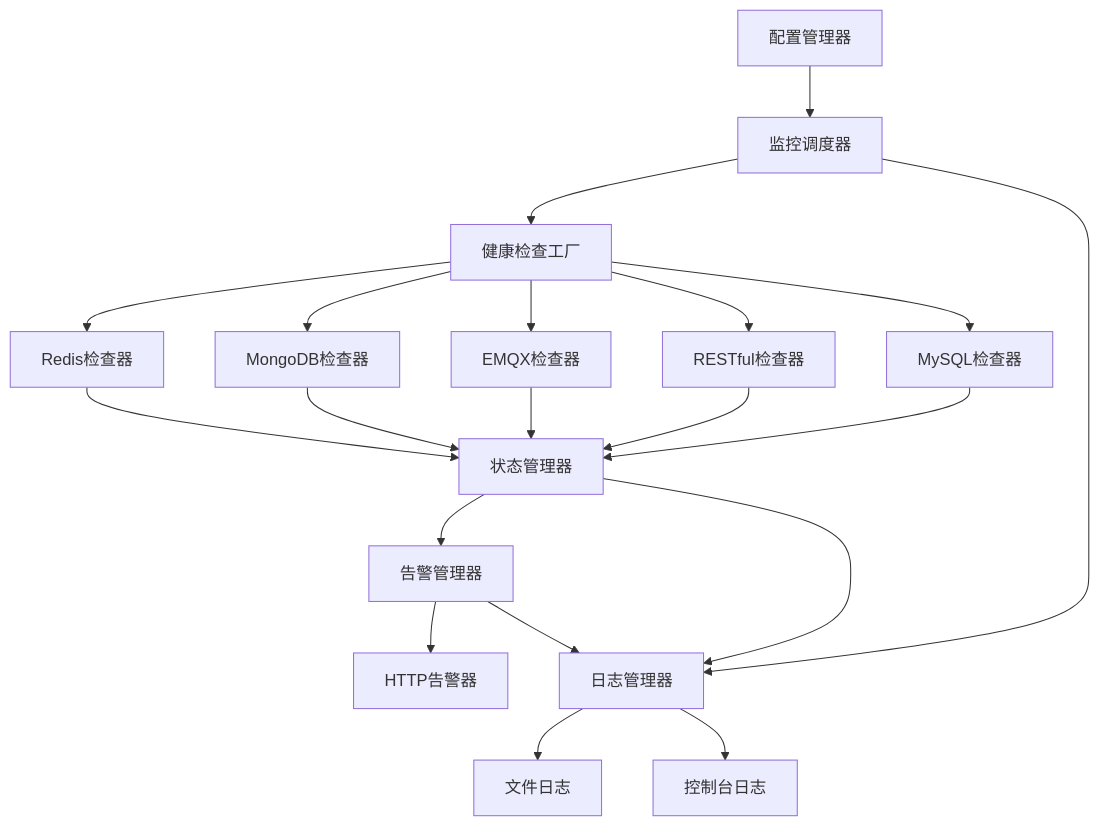
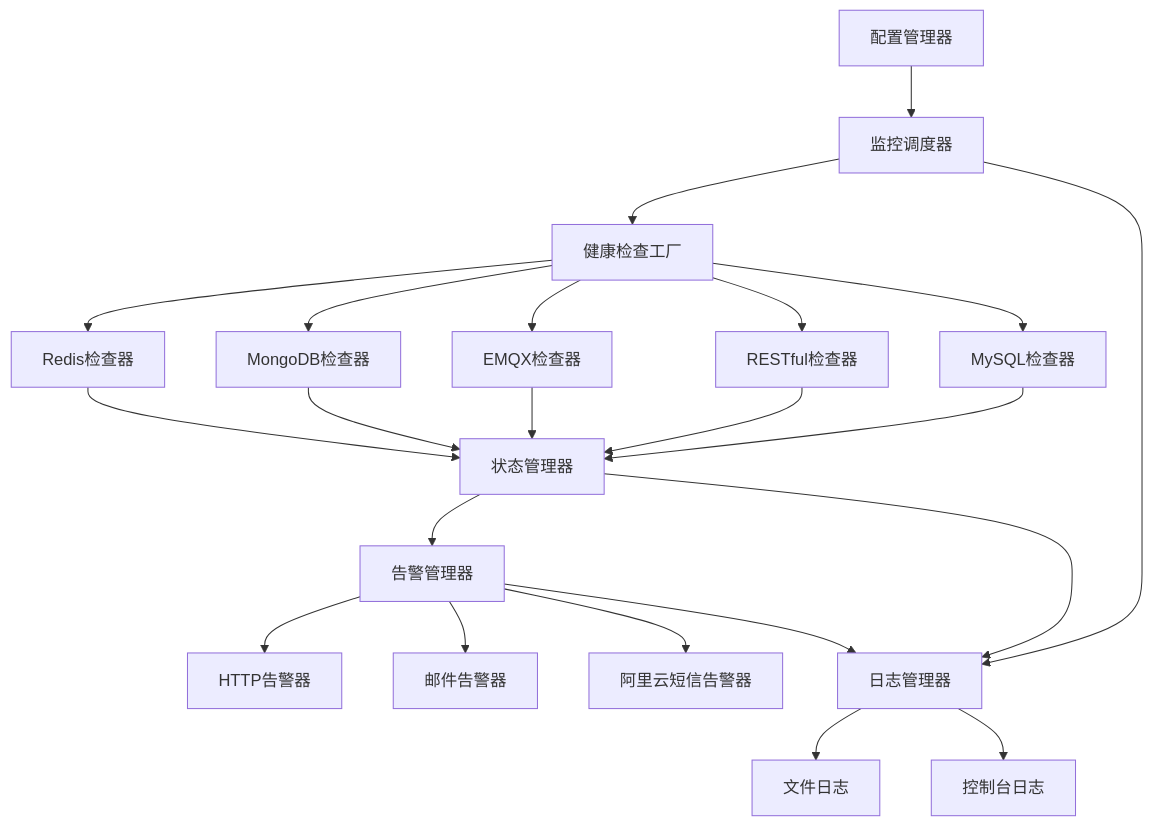
Before and after one commit to hythzx/health-monitor: the diagram in .kiro/specs/service-health-monitor/design.md, drawn with Mermaid. The commit also changed other lines of this file and 13 other files, not shown here.

````diff
--- a/.kiro/specs/service-health-monitor/design.md
+++ b/.kiro/specs/service-health-monitor/design.md
@@ -11,26 +11,28 @@
 ```mermaid
 graph TB
     A[配置管理器] --> B[监控调度器]
     B --> C[健康检查工厂]
     C --> D[Redis检查器]
     C --> E[MongoDB检查器]
     C --> F[EMQX检查器]
     C --> G[RESTful检查器]
     C --> H[MySQL检查器]
     
     D --> I[状态管理器]
     E --> I
     F --> I
     G --> I
     H --> I
     
     I --> J[告警管理器]
     J --> K[HTTP告警器]
+    J --> O[邮件告警器]
+    J --> P[阿里云短信告警器]
     
     L[日志管理器] --> M[文件日志]
     L --> N[控制台日志]
     
     B --> L
     I --> L
     J --> L
 ```
````
